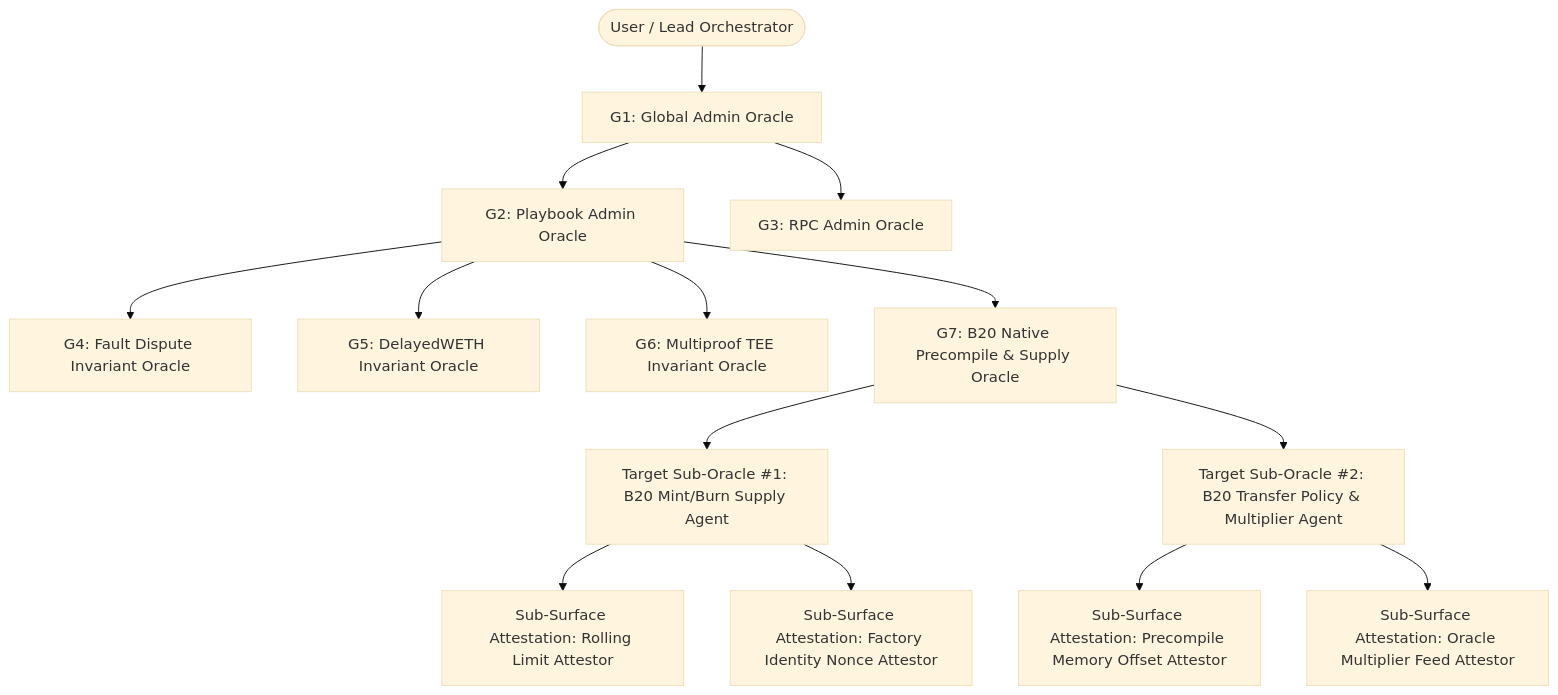
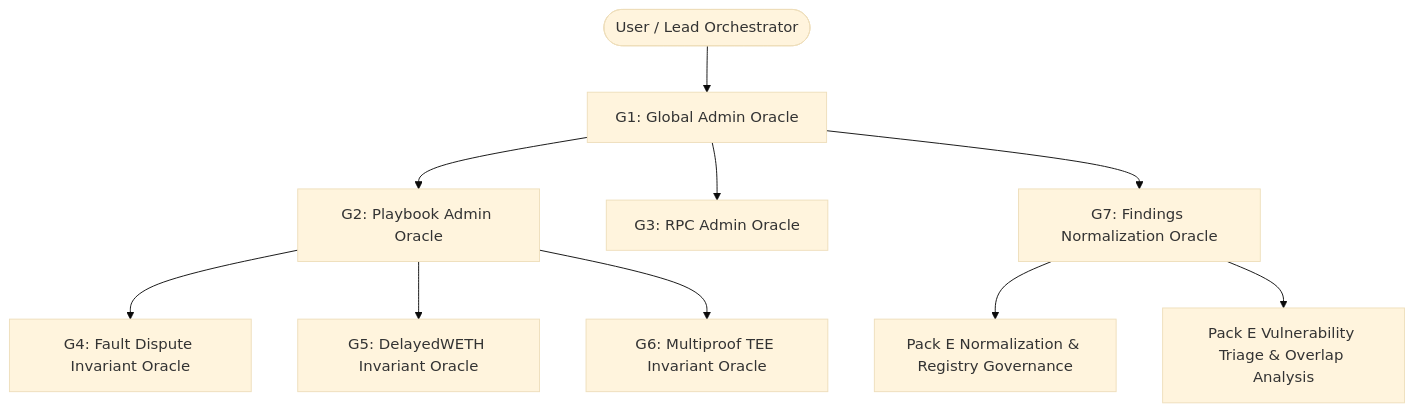
The diagram in .agents/skills/multi-agent-oracle/SKILL.md (portarj482-lang/Cantina), drawn with Mermaid (base theme) before and after one commit. The commit also changed other lines of this file and 35 other files, not shown here.

First line of the commit message:
feat(pack-b): deploy SAMA/OAM static analysis orchestrators and SARIF collector with canonical governance

````diff
--- a/.agents/skills/multi-agent-oracle/SKILL.md
+++ b/.agents/skills/multi-agent-oracle/SKILL.md
@@ -19,19 +19,14 @@
 ```mermaid
 graph TD
     User([User / Lead Orchestrator]) --> G1[G1: Global Admin Oracle]
     G1 --> G2[G2: Playbook Admin Oracle]
     G1 --> G3[G3: RPC Admin Oracle]
+    G1 --> G7[G7: Findings Normalization Oracle]
     
     G2 --> G4[G4: Fault Dispute Invariant Oracle]
     G2 --> G5[G5: DelayedWETH Invariant Oracle]
     G2 --> G6[G6: Multiproof TEE Invariant Oracle]
-    G2 --> G7[G7: B20 Native Precompile & Supply Oracle]
     
-    G7 --> SO1[Target Sub-Oracle #1: B20 Mint/Burn Supply Agent]
-    G7 --> SO2[Target Sub-Oracle #2: B20 Transfer Policy & Multiplier Agent]
-    
-    SO1 --> SA1[Sub-Surface Attestation: Rolling Limit Attestor]
-    SO1 --> SA2[Sub-Surface Attestation: Factory Identity Nonce Attestor]
-    SO2 --> SA3[Sub-Surface Attestation: Precompile Memory Offset Attestor]
-    SO2 --> SA4[Sub-Surface Attestation: Oracle Multiplier Feed Attestor]
+    G7 --> SO1[Pack E Normalization & Registry Governance]
+    G7 --> SO2[Pack E Vulnerability Triage & Overlap Analysis]
 ```
````
